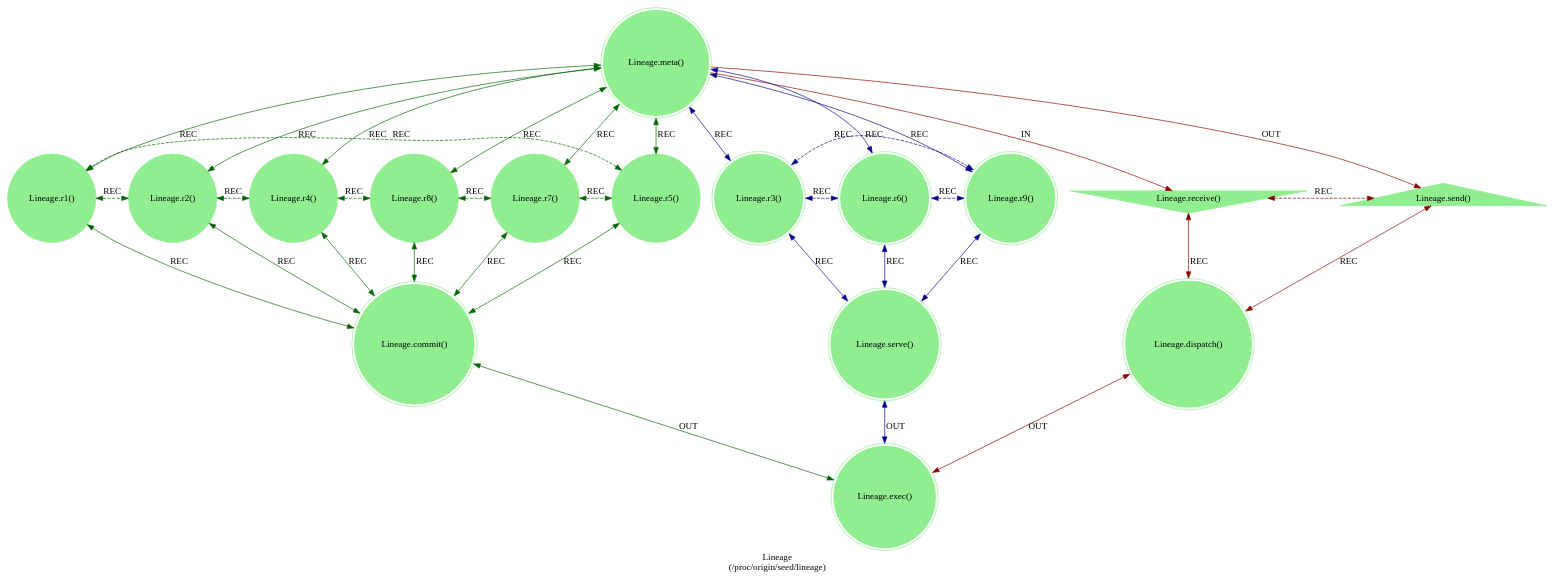
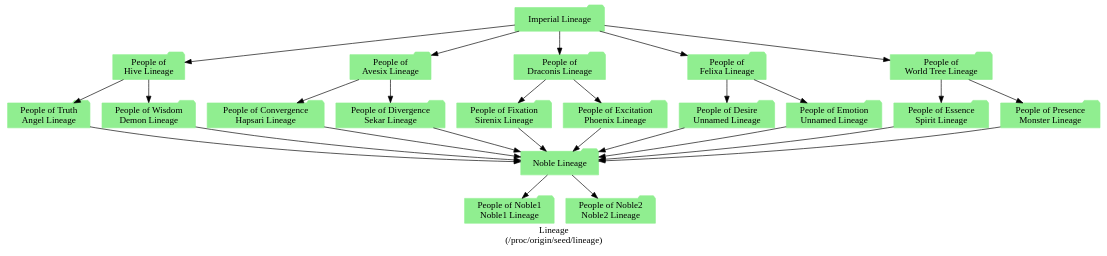
One commit to cilang/mythos changed the diagram in src/includes/seed/lineage.dot. Above: the diagram before and after it, drawn with Graphviz. The commit also changed 7 other files, not shown here.

```diff
--- a/src/includes/seed/lineage.dot
+++ b/src/includes/seed/lineage.dot
@@ -1,48 +1,42 @@
 strict digraph Lineage {
     label = "Lineage\n(/proc/origin/seed/lineage)";
     style = filled;
     color = lightgray;
-    node [shape = circle; style = filled; color = lightgreen;];
+    node [shape = folder; style = filled; color = lightgreen;];
     
-    // The Axis A-0-B (In-Meta-Out).
-    // The Sacred 3-6-9 (Boundary of Perception).
-    // The Vortex 1-2-4-8-7-5 (Boundary of Comprehension).
-    // The Router C-D-E
-    // The Closure F
-    spark_0_t [label = "Lineage.meta()";comment = "";shape = doublecircle;];
-    spark_1_t [label = "Lineage.r1()";comment = "";shape = circle;];
-    spark_2_t [label = "Lineage.r2()";comment = "";shape = circle;];
-    spark_4_t [label = "Lineage.r4()";comment = "";shape = circle;];
-    spark_8_t [label = "Lineage.r8()";comment = "";shape = circle;];
-    spark_7_t [label = "Lineage.r7()";comment = "";shape = circle;];
-    spark_5_t [label = "Lineage.r5()";comment = "";shape = circle;];
-    spark_3_t [label = "Lineage.r3()";comment = "";shape = doublecircle;];
-    spark_6_t [label = "Lineage.r6()";comment = "";shape = doublecircle;];
-    spark_9_t [label = "Lineage.r9()";comment = "";shape = doublecircle;];
-    spark_a_t [label = "Lineage.receive()";comment = "";shape = invtriangle;];
-    spark_b_t [label = "Lineage.send()";comment = "";shape = triangle;];
-    spark_c_t [label = "Lineage.dispatch()";comment = "";shape = doublecircle;];
-    spark_d_t [label = "Lineage.commit()";comment = "";shape = doublecircle;];
-    spark_e_t [label = "Lineage.serve()";comment = "";shape = doublecircle;];
-    spark_f_t [label = "Lineage.exec()";comment = "";shape = doublecircle;];
+    imperial_lineage_t [label = "Imperial Lineage";comment = "";];
     
-    // IN = Input
-    // OUT = Output
-    // REC = Recursion
-    spark_0_t -> spark_a_t [label = "IN"; color = darkred; comment = "";];
-    spark_0_t -> spark_b_t [label = "OUT"; color = darkred; comment = "";];
-    spark_0_t -> {spark_3_t spark_6_t spark_9_t} [label = "REC"; color = darkblue; comment = ""; dir = both;];
-    spark_0_t -> {spark_1_t spark_2_t spark_4_t spark_8_t spark_7_t spark_5_t} [label = "REC"; color = darkgreen; comment = ""; dir = both;];
+    people_of_asha_t [label = "People of\nHive Lineage";comment = "";];
+    people_of_truth_t [label = "People of Truth\nAngel Lineage";comment = "";];
+    people_of_wisdom_t [label = "People of Wisdom\nDemon Lineage";comment = "";];
     
-    {spark_a_t spark_b_t} -> spark_c_t [label = "REC"; color = darkred; comment = ""; dir = both;];
-    {spark_1_t spark_2_t spark_4_t spark_8_t spark_7_t spark_5_t} -> spark_d_t [label = "REC"; color = darkgreen; comment = ""; dir = both;];
-    {spark_3_t spark_6_t spark_9_t} -> spark_e_t [label = "REC"; color = darkblue; comment = ""; dir = both;];
+    people_of_vikara_t [label = "People of\nAvesix Lineage";comment = "";];
+    people_of_convergence_t [label = "People of Convergence\nHapsari Lineage";comment = "";];
+    people_of_divergence_t [label = "People of Divergence\nSekar Lineage";comment = "";];
     
-    spark_1_t -> spark_2_t -> spark_4_t -> spark_8_t -> spark_7_t -> spark_5_t -> spark_1_t [label = "REC"; color = darkgreen; comment = ""; style = dashed; constraint = false; dir = both;];
-    spark_3_t -> spark_6_t -> spark_9_t -> spark_3_t [label = "REC"; color = darkblue; comment = ""; style = dashed; constraint = false; dir = both;];
-    spark_a_t -> spark_b_t [label = "REC"; color = darkred; comment = ""; constraint = false; style = dashed; dir = both;];
+    people_of_karsa_t [label = "People of\nDraconis Lineage";comment = "";];
+    people_of_fixation_t [label = "People of Fixation\nSirenix Lineage";comment = "";];
+    people_of_excitation_t [label = "People of Excitation\nPhoenix Lineage";comment = "";];
     
-    spark_c_t -> spark_f_t [label = "OUT"; color = darkred; comment = ""; dir = both;];
-    spark_d_t -> spark_f_t [label = "OUT"; color = darkgreen; comment = ""; dir = both;];
-    spark_e_t -> spark_f_t [label = "OUT"; color = darkblue; comment = ""; dir = both;];
+    people_of_rasa_t [label = "People of\nFelixa Lineage";comment = "";];
+    people_of_desire_t [label = "People of Desire\nUnnamed Lineage";comment = "";];
+    people_of_emotion_t [label = "People of Emotion\nUnnamed Lineage";comment = "";];
+    
+    people_of_emergence_t [label = "People of\nWorld Tree Lineage";comment = "";];
+    people_of_essence_t [label = "People of Essence\nSpirit Lineage";comment = "";];
+    people_of_presence_t [label = "People of Presence\nMonster Lineage";comment = "";];
+    
+    imperial_lineage_t -> {people_of_asha_t people_of_vikara_t people_of_karsa_t people_of_rasa_t people_of_emergence_t};
+    people_of_asha_t -> {people_of_truth_t people_of_wisdom_t};
+    people_of_vikara_t -> {people_of_convergence_t people_of_divergence_t};
+    people_of_karsa_t -> {people_of_fixation_t people_of_excitation_t};
+    people_of_rasa_t -> {people_of_desire_t people_of_emotion_t};
+    people_of_emergence_t -> {people_of_essence_t people_of_presence_t};
+    
+    noble_lineage_t [label = "Noble Lineage";comment = "";];
+    people_of_noble1_t [label = "People of Noble1\nNoble1 Lineage";comment = "";];
+    people_of_noble2_t [label = "People of Noble2\nNoble2 Lineage";comment = "";];
+    
+    {people_of_truth_t people_of_wisdom_t people_of_convergence_t people_of_divergence_t people_of_fixation_t people_of_excitation_t people_of_desire_t people_of_emotion_t people_of_essence_t people_of_presence_t} -> noble_lineage_t;
+    noble_lineage_t -> {people_of_noble1_t people_of_noble2_t};
 }
```
